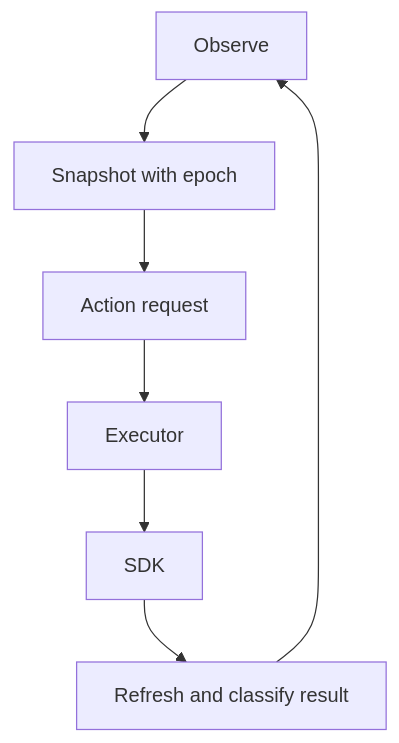
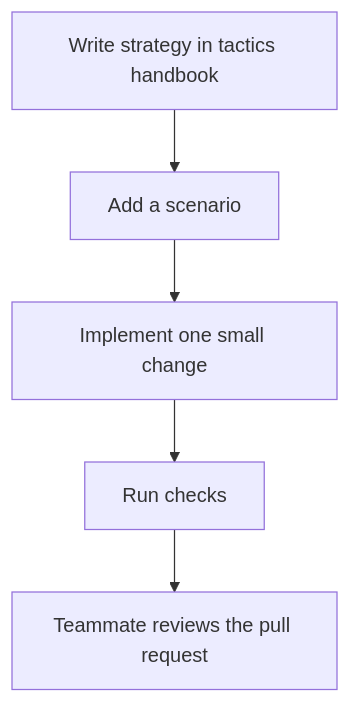
One commit to Javiops/Cambridge-Battlecode-2026 changed the diagram in bots/foundation/README.md. Above: the diagram before and after it, drawn with Mermaid. The commit also changed other lines of this file, not shown here.

````diff
--- a/bots/foundation/README.md
+++ b/bots/foundation/README.md
@@ -6,9 +6,7 @@
 ```mermaid
 flowchart TD
-    O[Observe] --> S[Snapshot with epoch]
-    S --> R[Action request]
-    R --> E[Executor]
-    E --> K[SDK]
-    K --> F[Refresh and classify result]
-    F --> O
+    I[Write strategy in tactics handbook] --> T[Add a scenario]
+    T --> C[Implement one small change]
+    C --> V[Run checks]
+    V --> P[Teammate reviews the pull request]
 ```
````
